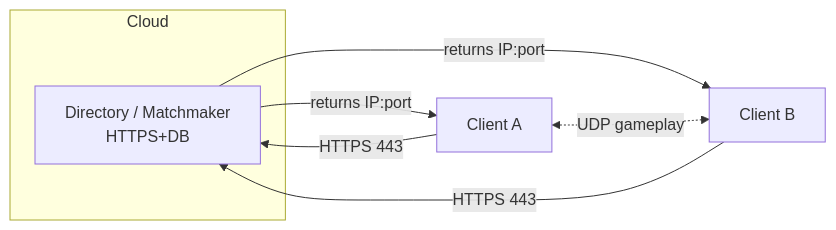
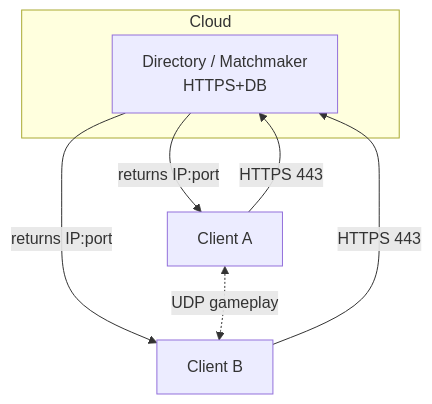
Before and after one commit to Joseph-Sailor-Usher/Room_Sync: the first of 9 diagrams in Consideration of Implementation Frameworks.md, drawn with Mermaid. The commit also changed other lines of this file and 4 other files, not shown here.

Commit message:
Added mermaid charts for implementation options.

````diff
--- a/Consideration of Implementation Frameworks.md
+++ b/Consideration of Implementation Frameworks.md
@@ -6,11 +6,11 @@
 ``` mermaid
-flowchart LR
+flowchart TD
   subgraph Cloud
     MM[Directory / Matchmaker<br/>HTTPS+DB]
   end
   C1[Client A] -- HTTPS 443 --> MM
   C2[Client B] -- HTTPS 443 --> MM
   MM -- returns IP:port --> C1
   MM -- returns IP:port --> C2
   C1 <-. UDP gameplay .-> C2
 ```
````
